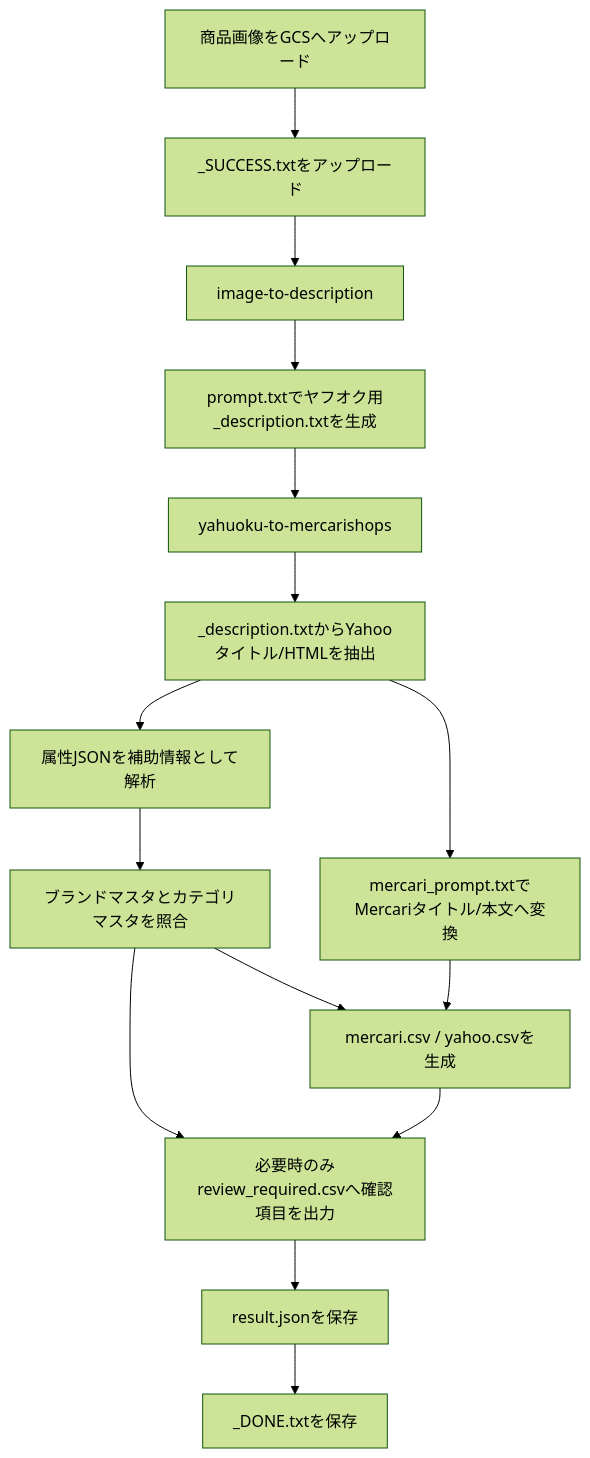
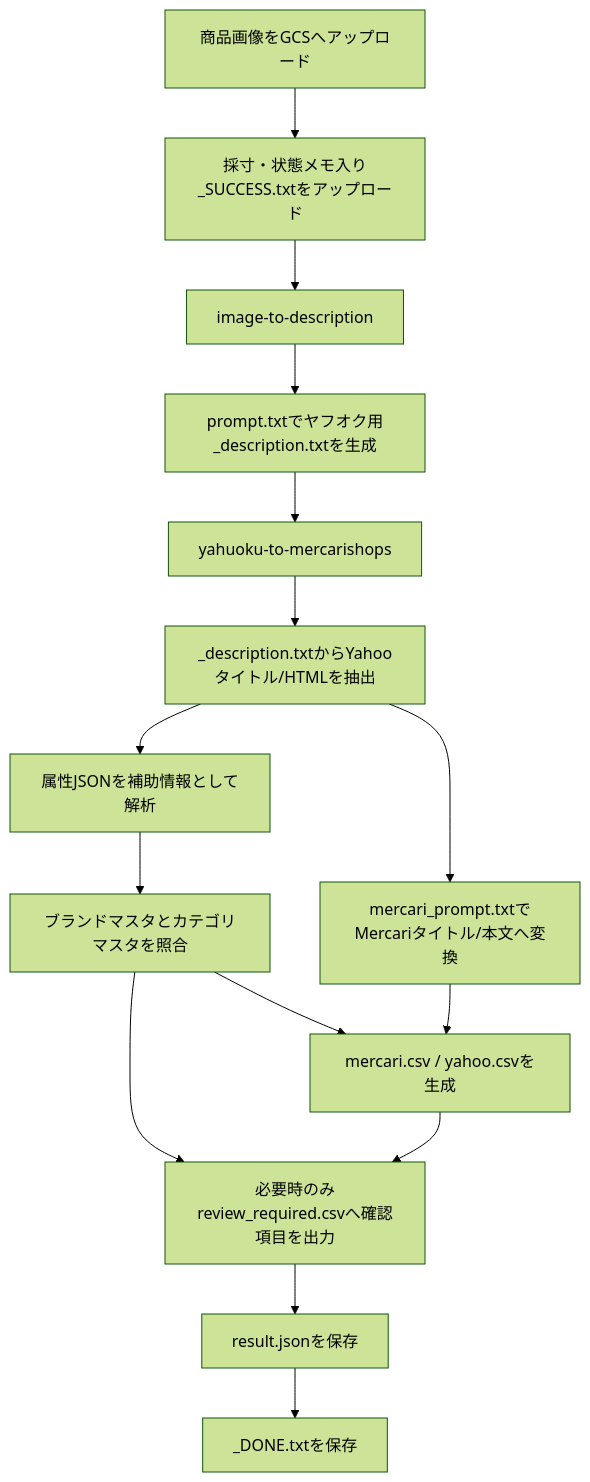
One commit to HIRABAweb/mercari-shops-auto-description changed the diagram in README.md. Above: the diagram before and after it, drawn with Mermaid (forest theme). The commit also changed other lines of this file, not shown here.

Commit message:
Document SUCCESS-only upload operation

````diff
--- a/README.md
+++ b/README.md
@@ -71,17 +71,17 @@
 ```mermaid
 flowchart TD
-    A[商品画像をGCSへアップロード] --> B[_SUCCESS.txtをアップロード]
+    A[商品画像をGCSへアップロード] --> B[採寸・状態メモ入り_SUCCESS.txtをアップロード]
     B --> C[image-to-description]
     C --> D[prompt.txtでヤフオク用_description.txtを生成]
     D --> E[yahuoku-to-mercarishops]
     E --> F[_description.txtからYahooタイトル/HTMLを抽出]
     F --> G[mercari_prompt.txtでMercariタイトル/本文へ変換]
     F --> H[属性JSONを補助情報として解析]
     H --> I[ブランドマスタとカテゴリマスタを照合]
     I --> J[mercari.csv / yahoo.csvを生成]
-    G --> J[mercari.csv / yahoo.csvを生成]
+    G --> J
     I --> K[必要時のみreview_required.csvへ確認項目を出力]
     J --> K
     K --> L[result.jsonを保存]
     L --> M[_DONE.txtを保存]
 ```
````
